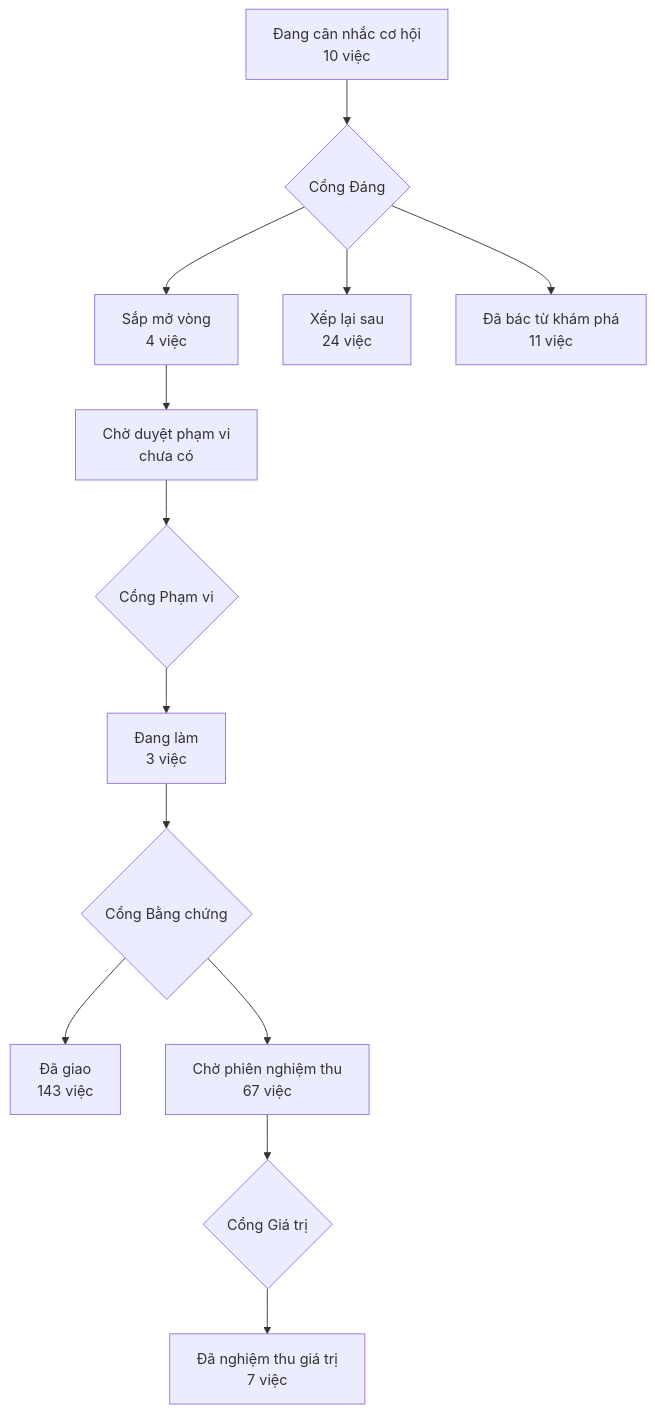
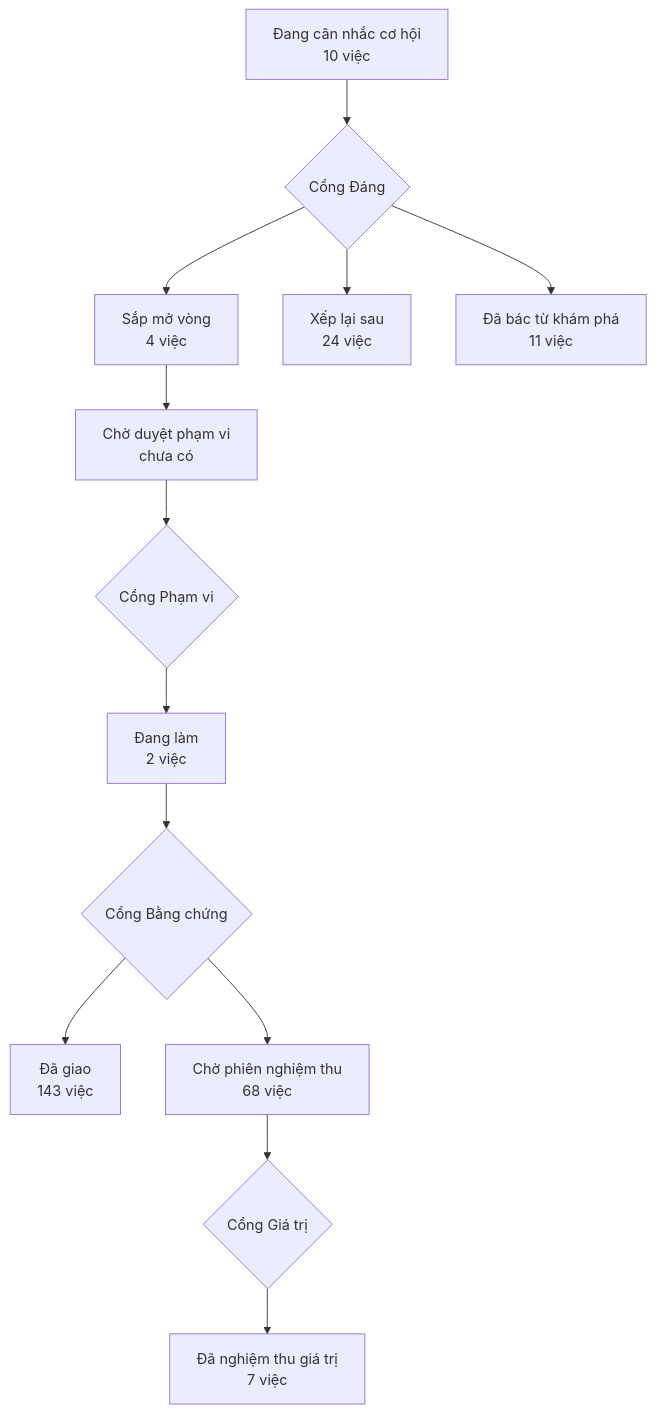
The diagram in PRODUCT-MAP.md (phanlemanh/acceptance-gate-kit), drawn with Mermaid before and after one commit. The commit also changed 6 other files, not shown here.

````diff
--- a/PRODUCT-MAP.md
+++ b/PRODUCT-MAP.md
@@ -7,12 +7,12 @@
 ```mermaid
 flowchart TD
   A["Đang cân nhắc cơ hội<br/>10 việc"] --> GD{"Cổng Đáng"}
   GD --> B["Sắp mở vòng<br/>4 việc"]
   GD --> XL["Xếp lại sau<br/>24 việc"]
   GD --> DB["Đã bác từ khám phá<br/>11 việc"]
   B --> CD["Chờ duyệt phạm vi<br/>chưa có"] --> GP{"Cổng Phạm vi"}
-  GP --> DL["Đang làm<br/>3 việc"] --> GB{"Cổng Bằng chứng"}
+  GP --> DL["Đang làm<br/>2 việc"] --> GB{"Cổng Bằng chứng"}
   GB --> DG["Đã giao<br/>143 việc"]
-  GB --> CN["Chờ phiên nghiệm thu<br/>67 việc"] --> GG{"Cổng Giá trị"}
+  GB --> CN["Chờ phiên nghiệm thu<br/>68 việc"] --> GG{"Cổng Giá trị"}
   GG --> NT["Đã nghiệm thu giá trị<br/>7 việc"]
 ```
````
